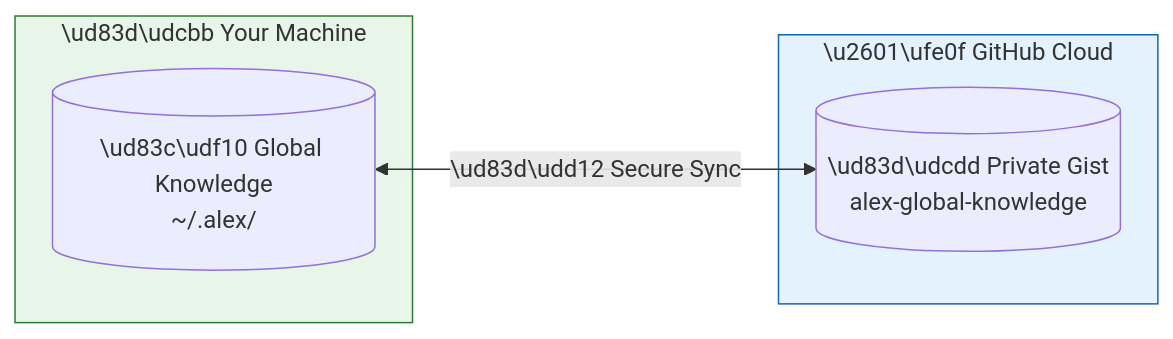
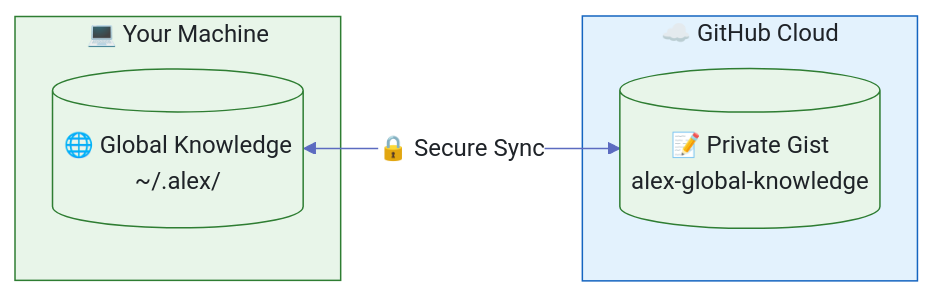
The first of 7 diagrams in alex_docs/CLOUD-SYNC.md (fabioc-aloha/Alex_Plug_In), drawn with Mermaid before and after one commit. The commit also changed other lines of this file and 15 other files, not shown here.

First line of the commit message:
feat: Skill architecture v1.0 + Mermaid diagram fixes

````diff
--- a/alex_docs/CLOUD-SYNC.md
+++ b/alex_docs/CLOUD-SYNC.md
@@ -15,15 +15,16 @@
 ```mermaid
+%%{init: {'theme': 'base', 'themeVariables': { 'primaryColor': '#e8f5e9', 'primaryTextColor': '#1f2328', 'primaryBorderColor': '#2e7d32', 'lineColor': '#5c6bc0', 'secondaryColor': '#e3f2fd', 'tertiaryColor': '#fff', 'edgeLabelBackground': '#ffffff' }}}%%
 flowchart LR
-    subgraph LOCAL["\ud83d\udcbb Your Machine"]
-        GK[("\ud83c\udf10 Global Knowledge<br/>~/.alex/")]
+    subgraph LOCAL["💻 Your Machine"]
+        GK[("🌐 Global Knowledge<br/>~/.alex/")]
     end
 
-    subgraph CLOUD["\u2601\ufe0f GitHub Cloud"]
-        GIST[("\ud83d\udcdd Private Gist<br/>alex-global-knowledge")]
+    subgraph CLOUD["☁️ GitHub Cloud"]
+        GIST[("📝 Private Gist<br/>alex-global-knowledge")]
     end
 
-    GK <-->|"\ud83d\udd12 Secure Sync"| GIST
+    GK <-->|"🔒 Secure Sync"| GIST
 
-    style LOCAL fill:#e8f5e9,stroke:#2e7d32
-    style CLOUD fill:#e3f2fd,stroke:#1565c0
+    style LOCAL fill:#e8f5e9,stroke:#2e7d32,color:#1f2328
+    style CLOUD fill:#e3f2fd,stroke:#1565c0,color:#1f2328
 ```
````
